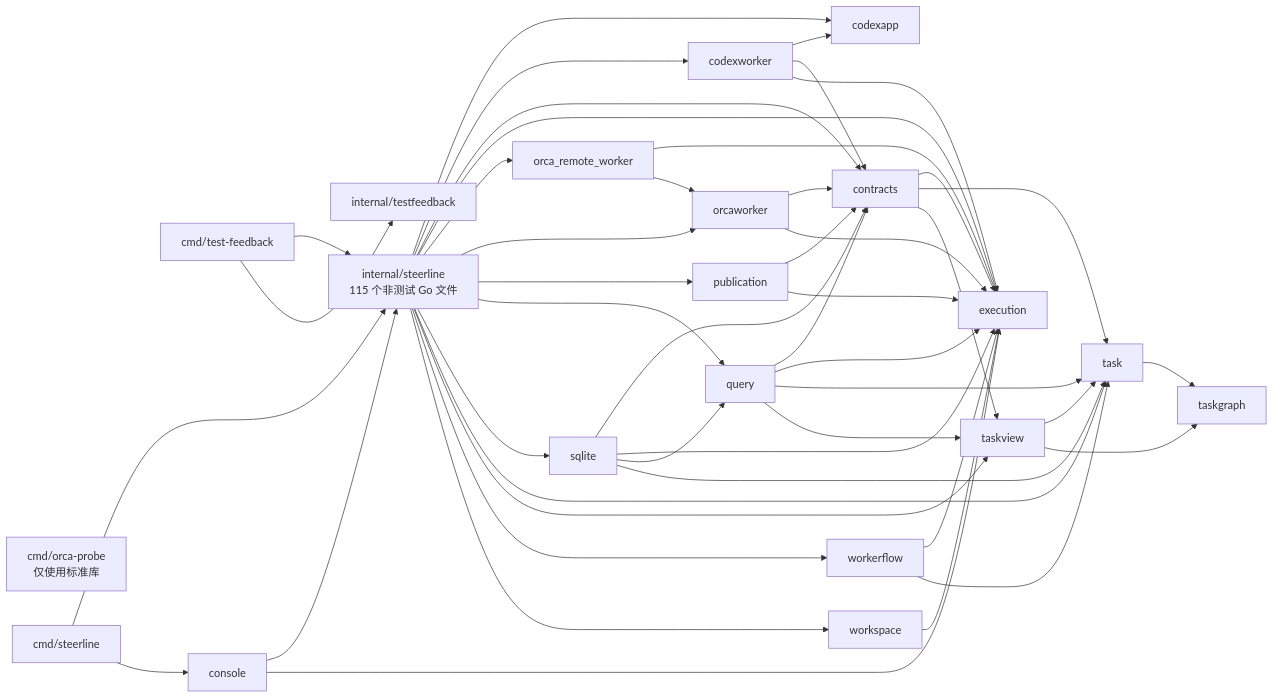
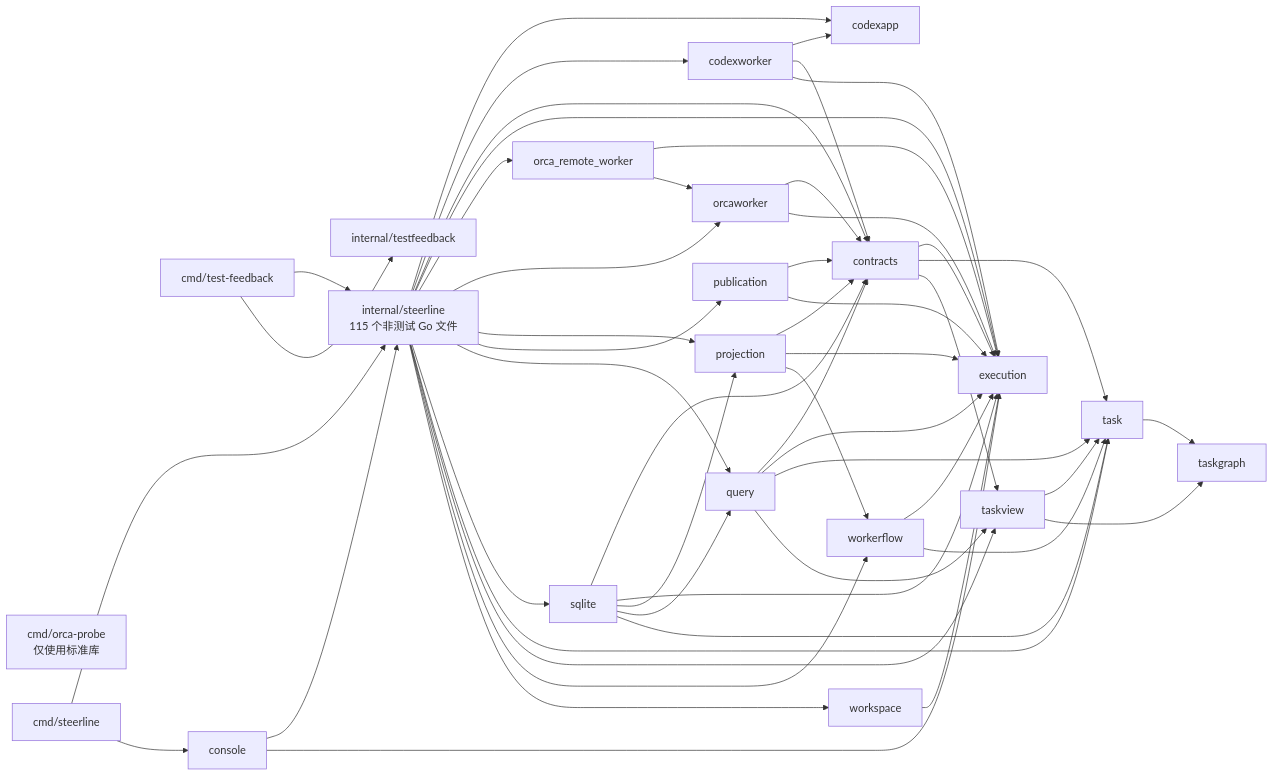
The second of 10 diagrams in docs/architecture/current-code-architecture.md (erranliu/SteerLine), drawn with Mermaid before and after one commit. The commit also changed other lines of this file and 17 other files, not shown here.

````diff
--- a/docs/architecture/current-code-architecture.md
+++ b/docs/architecture/current-code-architecture.md
@@ -73,69 +73,75 @@
 ```mermaid
 flowchart LR
     P0["cmd/orca-probe<br/>仅使用标准库"]
     P1["cmd/steerline"]
     P2["cmd/test-feedback"]
     P3["internal/steerline <br/>115 个非测试 Go 文件"]
     P4["codexapp"]
     P5["codexworker"]
     P6["console"]
     P7["contracts"]
     P8["execution"]
     P9["orca_remote_worker"]
     P10["orcaworker"]
-    P11["publication"]
-    P12["query"]
-    P13["sqlite"]
-    P14["task"]
-    P15["taskgraph"]
-    P16["taskview"]
-    P17["workerflow"]
-    P18["workspace"]
-    P19["internal/testfeedback"]
+    P11["projection"]
+    P12["publication"]
+    P13["query"]
+    P14["sqlite"]
+    P15["task"]
+    P16["taskgraph"]
+    P17["taskview"]
+    P18["workerflow"]
+    P19["workspace"]
+    P20["internal/testfeedback"]
 
     P1 --> P3
     P1 --> P6
     P2 --> P3
-    P2 --> P19
+    P2 --> P20
     P3 --> P4
     P3 --> P5
     P3 --> P7
     P3 --> P8
     P3 --> P9
     P3 --> P10
     P3 --> P11
     P3 --> P12
     P3 --> P13
     P3 --> P14
-    P3 --> P16
+    P3 --> P15
     P3 --> P17
     P3 --> P18
+    P3 --> P19
     P5 --> P4
     P5 --> P7
     P5 --> P8
     P6 --> P3
     P6 --> P8
     P7 --> P8
-    P7 --> P14
-    P7 --> P16
+    P7 --> P15
+    P7 --> P17
     P9 --> P8
     P9 --> P10
     P10 --> P7
     P10 --> P8
     P11 --> P7
     P11 --> P8
+    P11 --> P18
     P12 --> P7
     P12 --> P8
-    P12 --> P14
-    P12 --> P16
     P13 --> P7
     P13 --> P8
-    P13 --> P12
-    P13 --> P14
+    P13 --> P15
+    P13 --> P17
+    P14 --> P7
+    P14 --> P8
+    P14 --> P11
+    P14 --> P13
     P14 --> P15
-    P16 --> P14
-    P16 --> P15
-    P17 --> P8
-    P17 --> P14
+    P15 --> P16
+    P17 --> P15
+    P17 --> P16
     P18 --> P8
+    P18 --> P15
+    P19 --> P8
 ```
````
